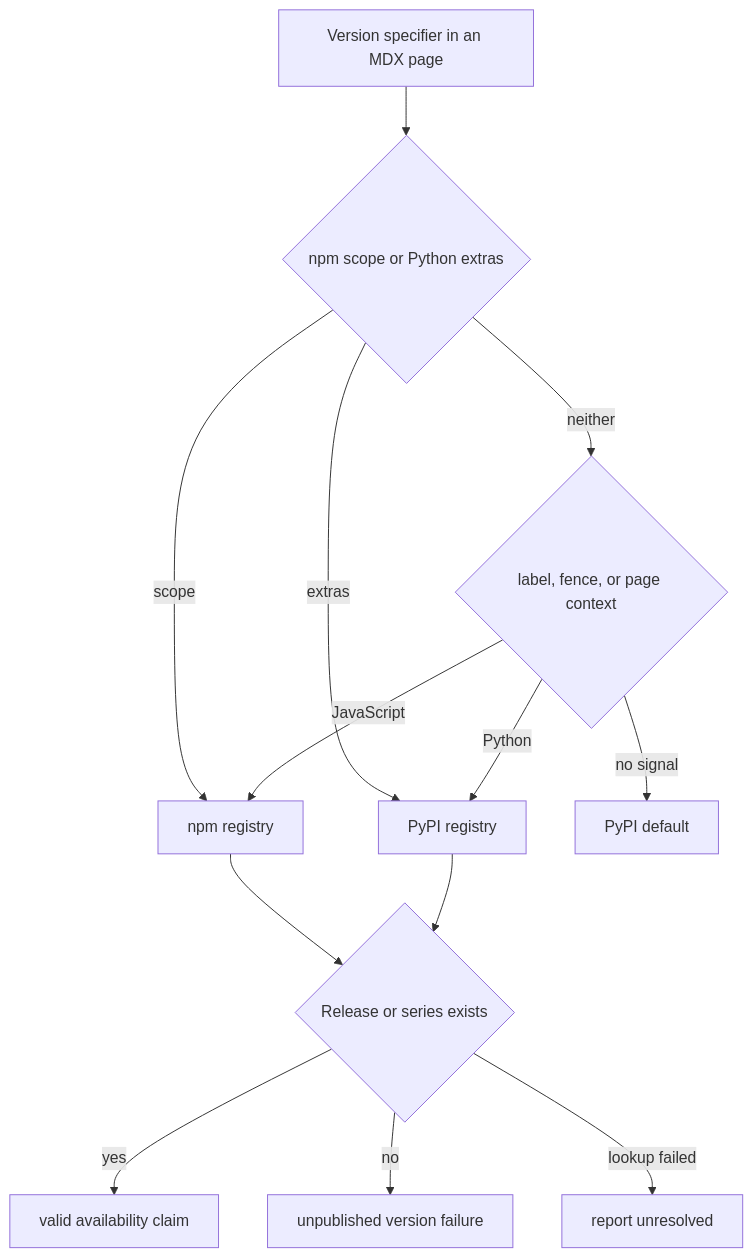
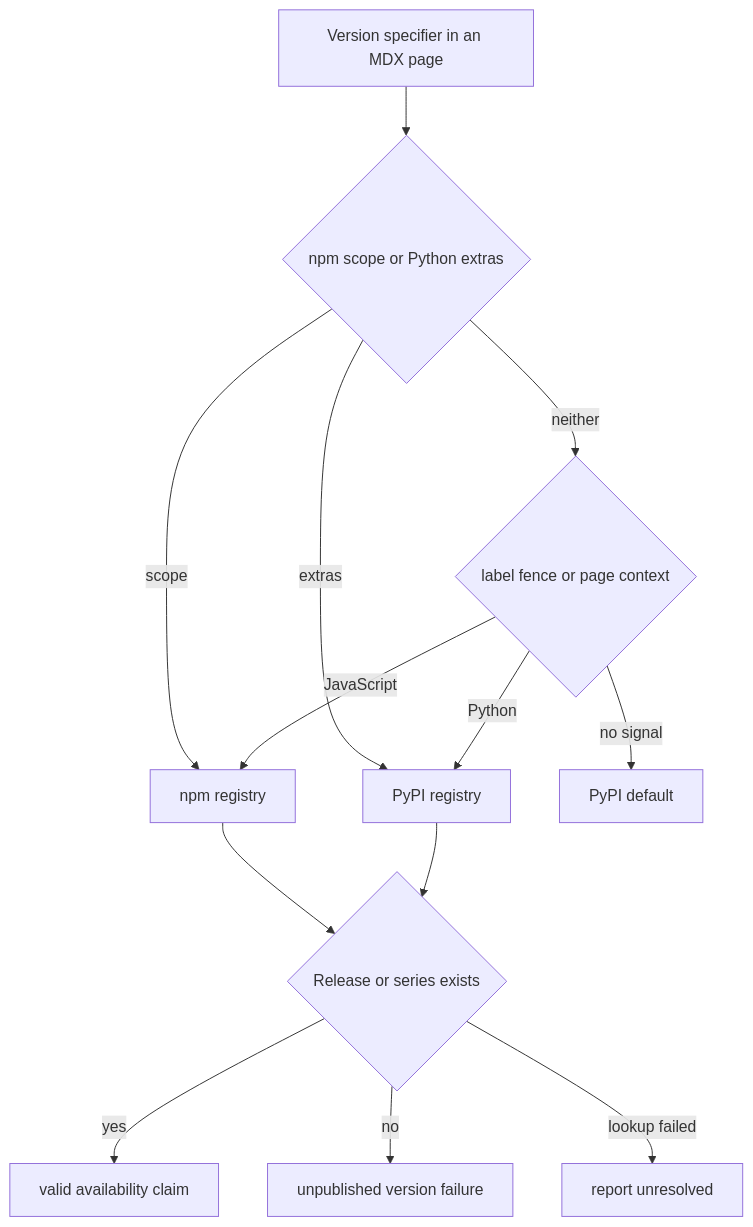
The third of 4 diagrams in openwiki/concepts/versioning.md (langchain-ai/docs), drawn with Mermaid before and after one commit. The commit also changed other lines of this file and 34 other files, not shown here.

````diff
--- a/openwiki/concepts/versioning.md
+++ b/openwiki/concepts/versioning.md
@@ -158,15 +158,15 @@
 ```mermaid
 flowchart TD
     Spec["Version specifier in an MDX page"] --> Syntax{"npm scope or Python extras"}
     Syntax -->|"scope"| Npm["npm registry"]
     Syntax -->|"extras"| Pypi["PyPI registry"]
-    Syntax -->|"neither"| Context{"label, fence, or page context"}
+    Syntax -->|"neither"| Context{"label fence or page context"}
     Context -->|"JavaScript"| Npm
     Context -->|"Python"| Pypi
     Context -->|"no signal"| Default["PyPI default"]
     Npm --> Exists{"Release or series exists"}
     Pypi --> Exists
     Exists -->|"yes"| Pass["valid availability claim"]
     Exists -->|"no"| Fail["unpublished version failure"]
     Exists -->|"lookup failed"| Unknown["report unresolved"]
 ```
````
